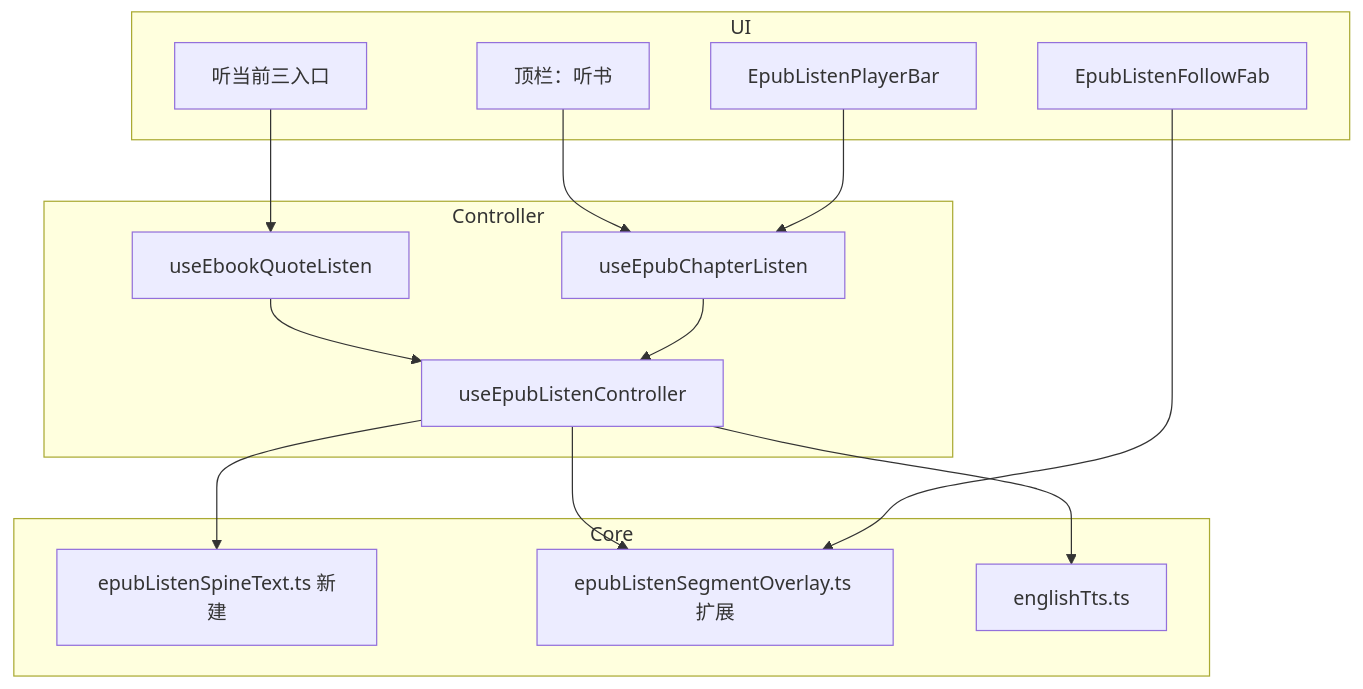
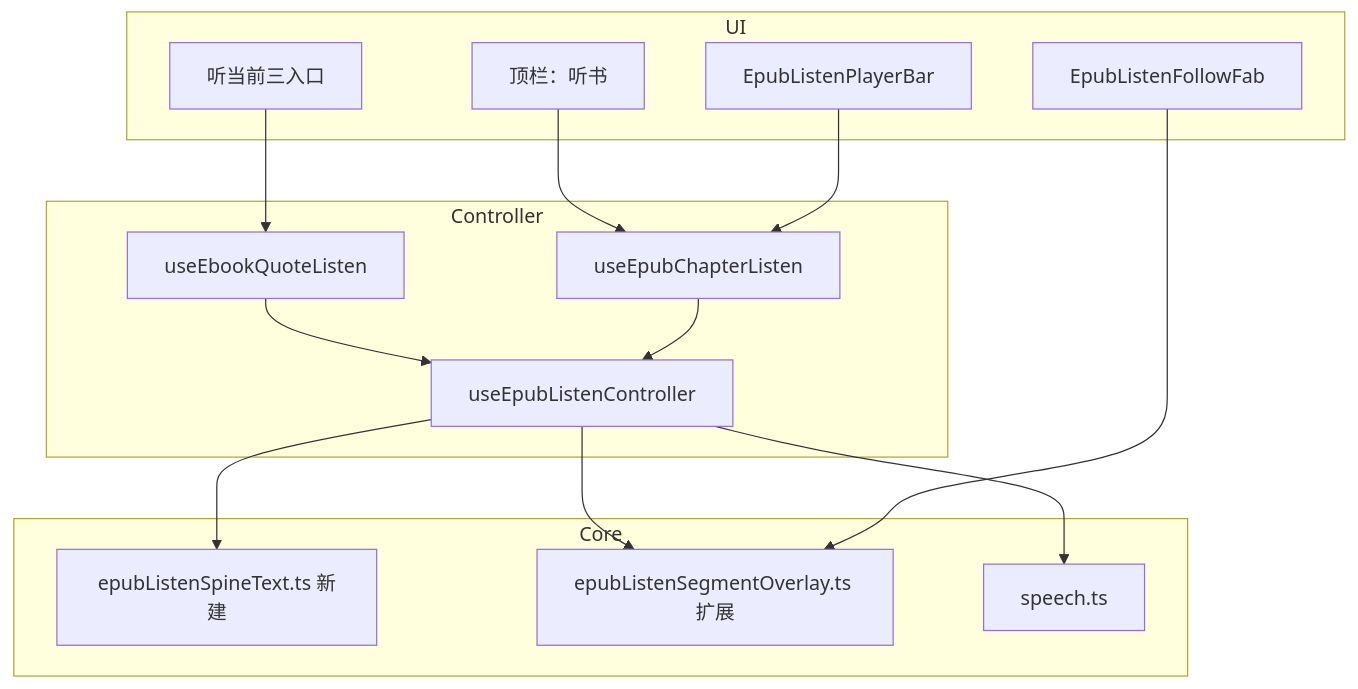
The second of 3 diagrams in apps/frontend/specs/epub-listen-while-read.md (dnhyxc/dnhyxc-ai), drawn with Mermaid before and after one commit. The commit also changed other lines of this file and 111 other files, not shown here.

````diff
--- a/apps/frontend/specs/epub-listen-while-read.md
+++ b/apps/frontend/specs/epub-listen-while-read.md
@@ -133,31 +133,31 @@
 ```mermaid
 flowchart TB
   subgraph UI
     ToolbarBtn["顶栏：听书"]
     PlayerBar["EpubListenPlayerBar"]
     Fab["EpubListenFollowFab"]
     QuoteListen["听当前三入口"]
   end
 
   subgraph Controller
     Ctrl["useEpubListenController"]
     Quote["useEbookQuoteListen"]
     Chapter["useEpubChapterListen"]
   end
 
   subgraph Core
     Spine["epubListenSpineText.ts 新建"]
     Ov["epubListenSegmentOverlay.ts 扩展"]
-    TTS["englishTts.ts"]
+    TTS["speech.ts"]
   end
 
   ToolbarBtn --> Chapter
   QuoteListen --> Quote
   Quote --> Ctrl
   Chapter --> Ctrl
   Ctrl --> Spine
   Ctrl --> Ov
   Ctrl --> TTS
   PlayerBar --> Chapter
   Fab --> Ov
 ```
````
